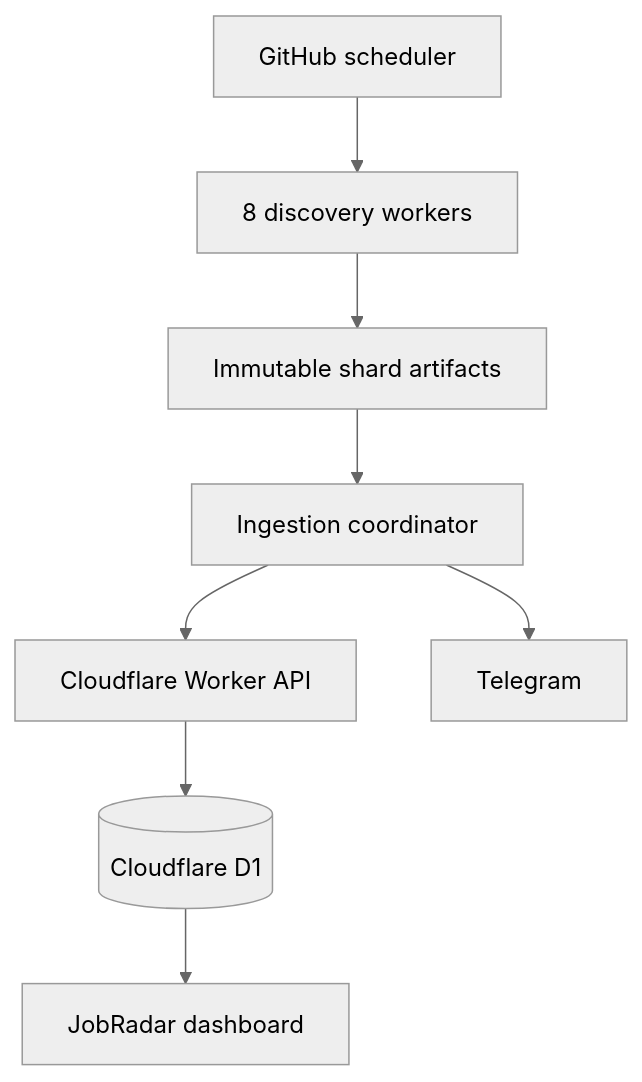
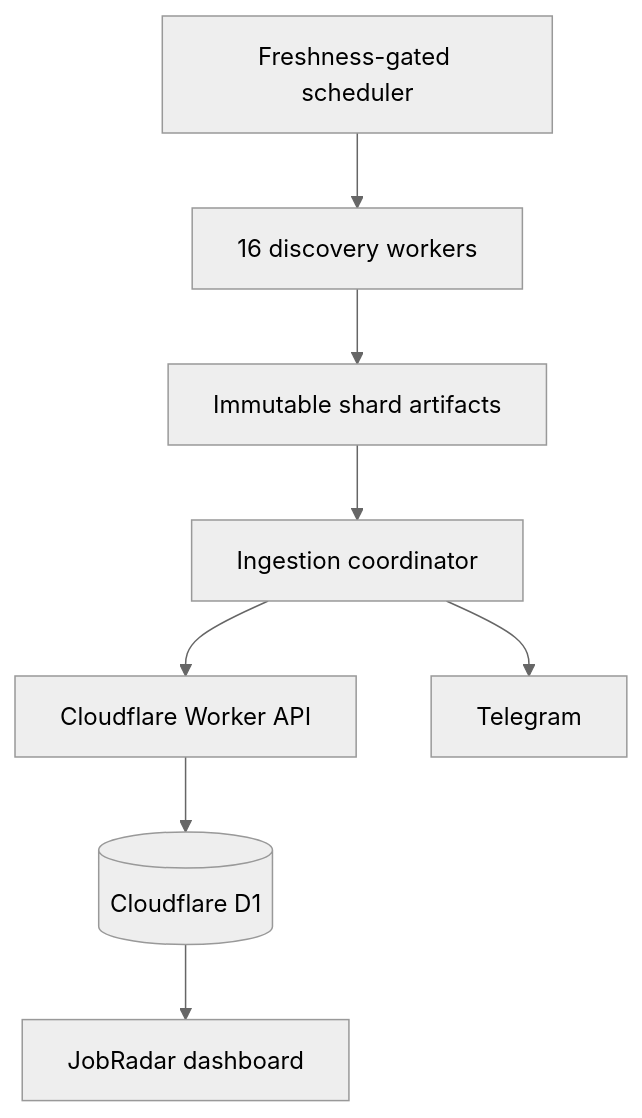
One commit to chandanvura/JobRadar changed the diagram in docs/ARCHITECTURE.md. Above: the diagram before and after it, drawn with Mermaid (neutral theme). The commit also changed other lines of this file and 2 other files, not shown here.

````diff
--- a/docs/ARCHITECTURE.md
+++ b/docs/ARCHITECTURE.md
@@ -11,10 +11,10 @@
 ```mermaid
 flowchart TD
-  S[GitHub scheduler] --> W[8 discovery workers]
+  S[Freshness-gated scheduler] --> W[16 discovery workers]
   W --> A[Immutable shard artifacts]
   A --> C[Ingestion coordinator]
   C --> API[Cloudflare Worker API]
   API --> DB[(Cloudflare D1)]
   C --> T[Telegram]
   DB --> UI[JobRadar dashboard]
 ```
````
